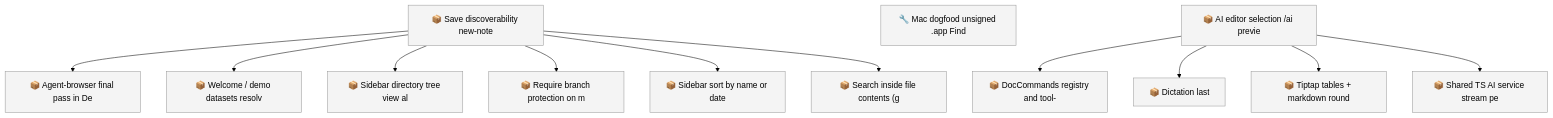
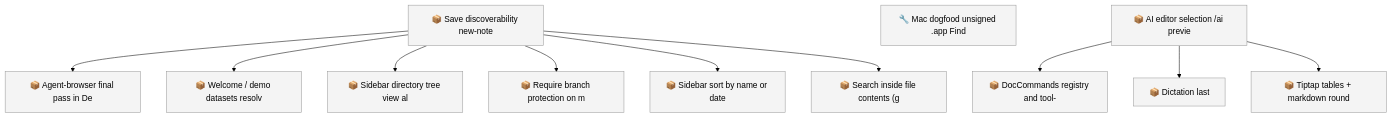
One commit to SpillwaveSolutions/motion changed the first of 2 diagrams in docs/roadmap.md. Above: the diagram before and after it, drawn with Mermaid (forest theme). The commit also changed other lines of this file and 24 other files, not shown here.

First line of the commit message:
feat: stream Ask AI over a shared TS service (#44)

````diff
--- a/docs/roadmap.md
+++ b/docs/roadmap.md
@@ -82,28 +80,26 @@
 ```mermaid
 graph TD
     01KYQYYN3SBWDT25TC6H3G4EAA["📦 Save discoverability new-note"]
     01KYQYYN3T2SSGG33ESEWPXKH8["📦 Agent-browser final pass in De"]
     01KYQYYN3T3VB8RCTMJJ13FK2H["📦 Welcome / demo datasets resolv"]
     01KYQYYN3T5W49QH05WCCYX7CE["📦 Sidebar directory tree view al"]
     01KYQYYN3T731B57N8NXQ8C0FQ["📦 Require branch protection on m"]
     01KYQYYN3TA69K8848E483HC82["📦 Sidebar sort by name or date"]
     01KYQYYN3TKW93D9SVW07VKFZY["📦 Search inside file contents (g"]
     01M18Q560MPAYQJTA0W6F4DAW3["🔧 Mac dogfood unsigned .app Find"]
     01M18R79ZM3BMYZ56C7P874YN1["📦 DocCommands registry and tool-"]
     01M18R79ZM90HJ0MBG3CX6VW7E["📦 Dictation last"]
     01M18R79ZMK0DX0PE2DPWMZ60D["📦 Tiptap tables + markdown round"]
-    01M18R79ZMKBXK2PGWR6911MJQ["📦 Shared TS AI service stream pe"]
     01M18R79ZMN53CMV76JFHKVEFN["📦 AI editor selection /ai previe"]
     01KYQYYN3SBWDT25TC6H3G4EAA --> 01KYQYYN3T2SSGG33ESEWPXKH8
     01KYQYYN3SBWDT25TC6H3G4EAA --> 01KYQYYN3T3VB8RCTMJJ13FK2H
     01KYQYYN3SBWDT25TC6H3G4EAA --> 01KYQYYN3T5W49QH05WCCYX7CE
     01KYQYYN3SBWDT25TC6H3G4EAA --> 01KYQYYN3T731B57N8NXQ8C0FQ
     01KYQYYN3SBWDT25TC6H3G4EAA --> 01KYQYYN3TA69K8848E483HC82
     01KYQYYN3SBWDT25TC6H3G4EAA --> 01KYQYYN3TKW93D9SVW07VKFZY
     01M18R79ZMN53CMV76JFHKVEFN --> 01M18R79ZM3BMYZ56C7P874YN1
     01M18R79ZMN53CMV76JFHKVEFN --> 01M18R79ZM90HJ0MBG3CX6VW7E
     01M18R79ZMN53CMV76JFHKVEFN --> 01M18R79ZMK0DX0PE2DPWMZ60D
-    01M18R79ZMN53CMV76JFHKVEFN --> 01M18R79ZMKBXK2PGWR6911MJQ
     classDef todo fill:#f4f4f4,stroke:#999999
-    class 01KYQYYN3SBWDT25TC6H3G4EAA,01KYQYYN3T2SSGG33ESEWPXKH8,01KYQYYN3T3VB8RCTMJJ13FK2H,01KYQYYN3T5W49QH05WCCYX7CE,01KYQYYN3T731B57N8NXQ8C0FQ,01KYQYYN3TA69K8848E483HC82,01KYQYYN3TKW93D9SVW07VKFZY,01M18Q560MPAYQJTA0W6F4DAW3,01M18R79ZM3BMYZ56C7P874YN1,01M18R79ZM90HJ0MBG3CX6VW7E,01M18R79ZMK0DX0PE2DPWMZ60D,01M18R79ZMKBXK2PGWR6911MJQ,01M18R79ZMN53CMV76JFHKVEFN todo
+    class 01KYQYYN3SBWDT25TC6H3G4EAA,01KYQYYN3T2SSGG33ESEWPXKH8,01KYQYYN3T3VB8RCTMJJ13FK2H,01KYQYYN3T5W49QH05WCCYX7CE,01KYQYYN3T731B57N8NXQ8C0FQ,01KYQYYN3TA69K8848E483HC82,01KYQYYN3TKW93D9SVW07VKFZY,01M18Q560MPAYQJTA0W6F4DAW3,01M18R79ZM3BMYZ56C7P874YN1,01M18R79ZM90HJ0MBG3CX6VW7E,01M18R79ZMK0DX0PE2DPWMZ60D,01M18R79ZMN53CMV76JFHKVEFN todo
 ```
````
